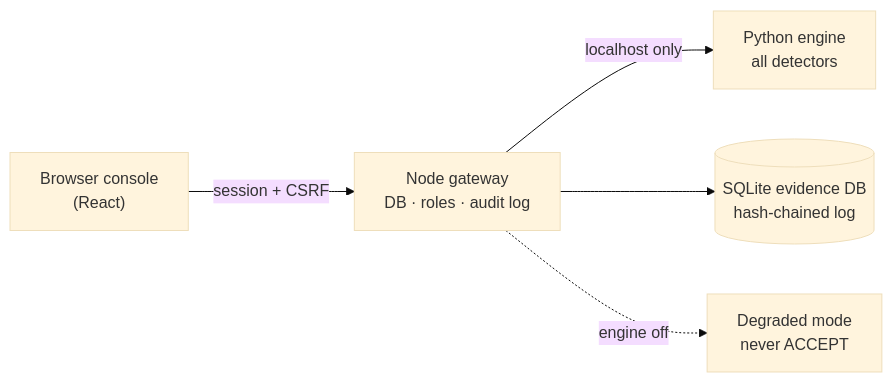
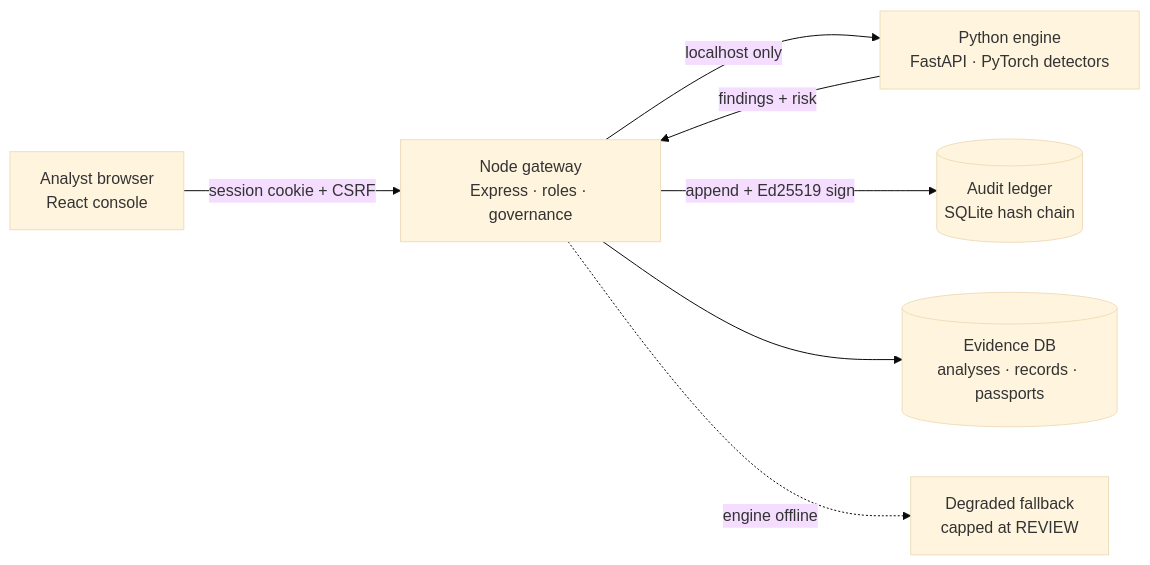
One commit to ekupekuAI/AISecurity26228 changed the diagram in README.md. Above: the diagram before and after it, drawn with Mermaid (base theme). The commit also changed other lines of this file and 11 other files, not shown here.

````diff
--- a/README.md
+++ b/README.md
@@ -165,7 +132,9 @@
 ```mermaid
 flowchart LR
-    A["Browser console<br/>(React)"] -->|"session + CSRF"| B["Node gateway<br/>DB · roles · audit log"]
-    B -->|"localhost only"| C["Python engine<br/>all detectors"]
-    B --> L[("SQLite evidence DB<br/>hash-chained log")]
-    B -. "engine off" .-> F["Degraded mode<br/>never ACCEPT"]
+    U["Analyst browser<br/>React console"] -->|"session cookie + CSRF"| G["Node gateway<br/>Express · roles · governance"]
+    G -->|"localhost only"| E["Python engine<br/>FastAPI · PyTorch detectors"]
+    E -->|"findings + risk"| G
+    G -->|"append + Ed25519 sign"| L[("Audit ledger<br/>SQLite hash chain")]
+    G --> D[("Evidence DB<br/>analyses · records · passports")]
+    G -. "engine offline" .-> F["Degraded fallback<br/>capped at REVIEW"]
 ```
````
